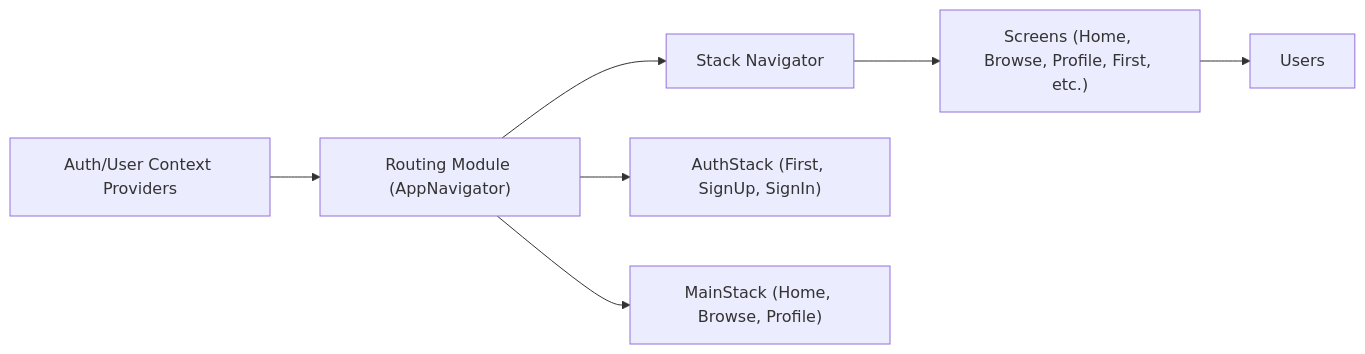
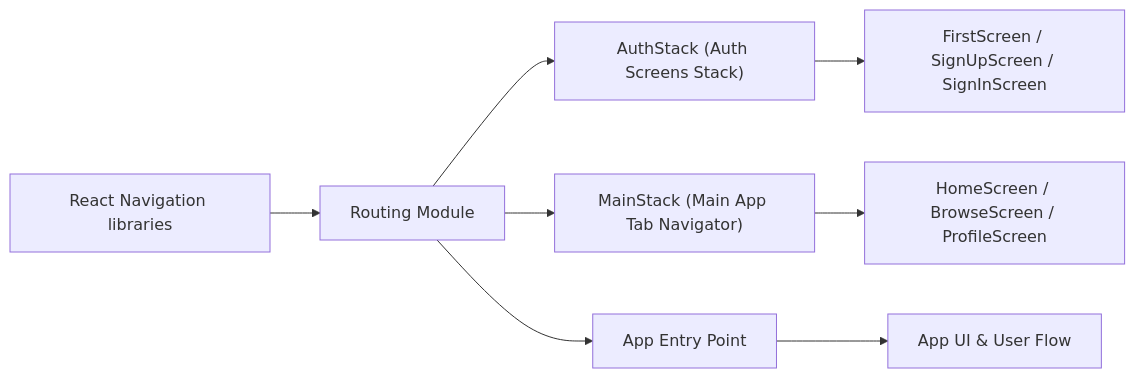
One commit to lucasboucher/Expo-Firebase-Boiler-Plate-2 changed the diagram in .shelfya/guide/routing.md. Above: the diagram before and after it, drawn with Mermaid. The commit also changed other lines of this file and 7 other files, not shown here.

````diff
--- a/.shelfya/guide/routing.md
+++ b/.shelfya/guide/routing.md
@@ -59,8 +42,10 @@
 ```mermaid
 flowchart LR
-  contextProviders["Auth/User Context Providers"] --> routingModule["Routing Module (AppNavigator)"] --> navigators["Stack Navigator"]
-  routingModule --> authStack["AuthStack (First, SignUp, SignIn)"]
-  routingModule --> mainStack["MainStack (Home, Browse, Profile)"]
-  navigators --> screens["Screens (Home, Browse, Profile, First, etc.)"]
-  screens --> users["Users"]
+  navigationLibs["React Navigation libraries"] --> routingModule["Routing Module"]
+  routingModule --> authStack["AuthStack (Auth Screens Stack)"]
+  routingModule --> mainStack["MainStack (Main App Tab Navigator)"]
+  authStack --> authScreens["FirstScreen / SignUpScreen / SignInScreen"]
+  mainStack --> mainTabs["HomeScreen / BrowseScreen / ProfileScreen"]
+  routingModule --> appEntry["App Entry Point"]
+  appEntry --> consumers["App UI & User Flow"]
 ```
````
